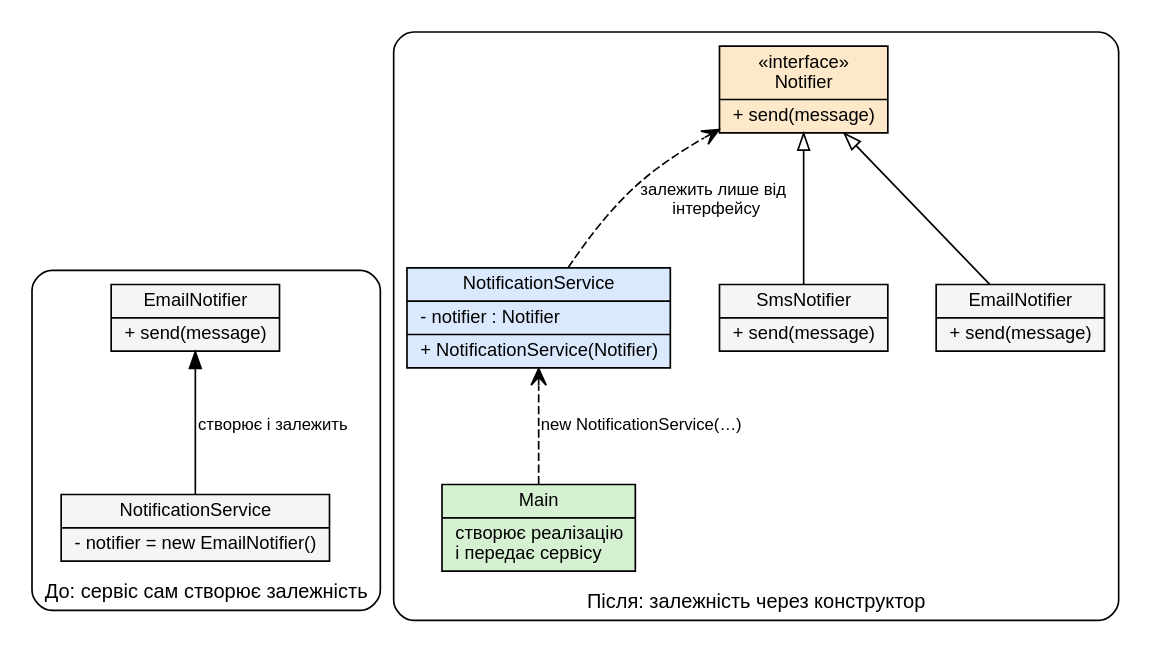
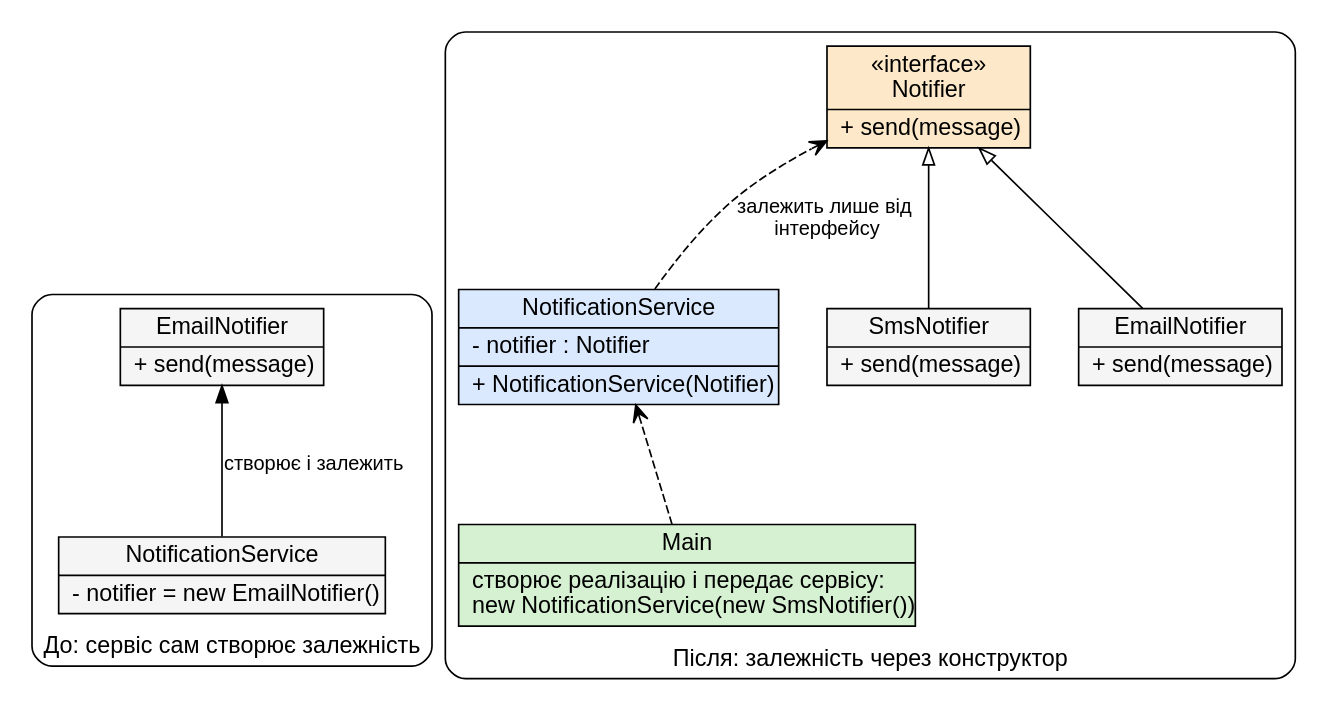
The diagram in java/pz-4/diagrams/di.dot (brizzinck/krinzhrepoduta), drawn with Graphviz before and after one commit. The commit also changed 15 other files, not shown here.

```diff
--- a/java/pz-4/diagrams/di.dot
+++ b/java/pz-4/diagrams/di.dot
@@ -1,25 +1,25 @@
 digraph G {
   rankdir=BT; nodesep=0.4; ranksep=0.8; compound=true;
   graph [fontname="Liberation Sans", bgcolor="white"];
-  node [shape=record, fontname="Liberation Sans", fontsize=11, style=filled, fillcolor="#f5f5f5"];
-  edge [fontname="Liberation Sans", fontsize=10];
+  node [shape=record, fontname="Liberation Sans", fontsize=14, style=filled, fillcolor="#f5f5f5"];
+  edge [fontname="Liberation Sans", fontsize=12];
 
   subgraph cluster_before {
-    label="До: сервіс сам створює залежність"; style=rounded; fontsize=12;
+    label="До: сервіс сам створює залежність"; style=rounded; fontsize=14;
     bS [label="{NotificationService|- notifier = new EmailNotifier()\l}"];
     bE [label="{EmailNotifier|+ send(message)\l}"];
     bS -> bE [label=" створює і залежить"];
   }
   subgraph cluster_after {
-    label="Після: залежність через конструктор"; style=rounded; fontsize=12;
+    label="Після: залежність через конструктор"; style=rounded; fontsize=14;
     aS [fillcolor="#dbe9ff", label="{NotificationService|- notifier : Notifier\l|+ NotificationService(Notifier)\l}"];
     aN [fillcolor="#fde9c9", label="{«interface»\nNotifier|+ send(message)\l}"];
     aE [label="{EmailNotifier|+ send(message)\l}"];
     aM [label="{SmsNotifier|+ send(message)\l}"];
-    aMain [fillcolor="#d6f0d2", label="{Main|створює реалізацію\lі передає сервісу\l}"];
+    aMain [fillcolor="#d6f0d2", label="{Main|створює реалізацію і передає сервісу:\lnew NotificationService(new SmsNotifier())\l}"];
     aS -> aN [arrowhead=vee, style=dashed, label=" залежить лише від\l інтерфейсу"];
     aE -> aN [arrowhead=empty];
     aM -> aN [arrowhead=empty];
-    aMain -> aS [arrowhead=vee, style=dashed, label=" new NotificationService(…)"];
+    aMain -> aS [arrowhead=vee, style=dashed];
   }
 }
```
